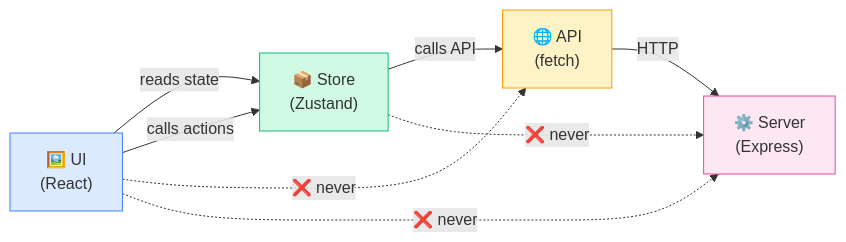
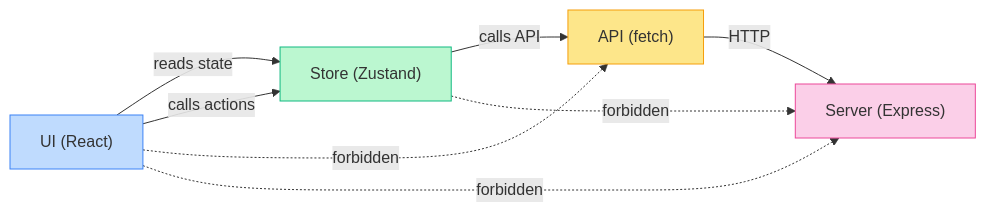
Before and after one commit to ahmadkhalil2021/fullstack-task-board: the seventh of 7 diagrams in docs/build-architecture.md, drawn with Mermaid. The commit also changed other lines of this file, not shown here.

First line of the commit message:
Fix dark mode font visibility in Mermaid diagrams

````diff
--- a/docs/build-architecture.md
+++ b/docs/build-architecture.md
@@ -184,21 +201,26 @@
 ```mermaid
 graph LR
-    UI["🖼️ UI<br/>(React)"]
-    Store["📦 Store<br/>(Zustand)"]
-    API["🌐 API<br/>(fetch)"]
-    Server["⚙️ Server<br/>(Express)"]
+    UI["UI (React)"]
+    Store["Store (Zustand)"]
+    API["API (fetch)"]
+    Server["Server (Express)"]
 
     UI -- "reads state" --> Store
     UI -- "calls actions" --> Store
     Store -- "calls API" --> API
     API -- "HTTP" --> Server
 
-    UI -. "❌ never" .-> API
-    UI -. "❌ never" .-> Server
-    Store -. "❌ never" .-> Server
+    UI -. "forbidden" .-> API
+    UI -. "forbidden" .-> Server
+    Store -. "forbidden" .-> Server
 
-    style UI fill:#dbeafe,stroke:#3b82f6
-    style Store fill:#d1fae5,stroke:#10b981
-    style API fill:#fef3c7,stroke:#f59e0b
-    style Server fill:#fce7f3,stroke:#ec4899
+    classDef uiStyle fill:#bfdbfe,stroke:#3b82f6
+    classDef storeStyle fill:#bbf7d0,stroke:#10b981
+    classDef apiStyle fill:#fde68a,stroke:#f59e0b
+    classDef serverStyle fill:#fbcfe8,stroke:#ec4899
+
+    class UI uiStyle
+    class Store storeStyle
+    class API apiStyle
+    class Server serverStyle
 ```
````
